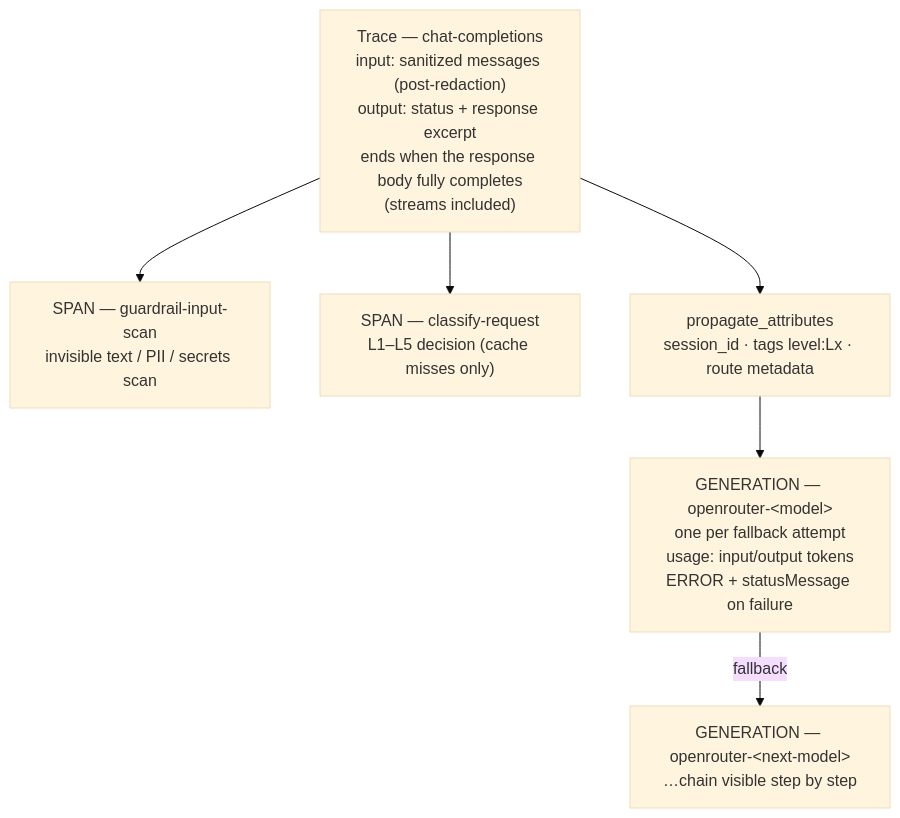
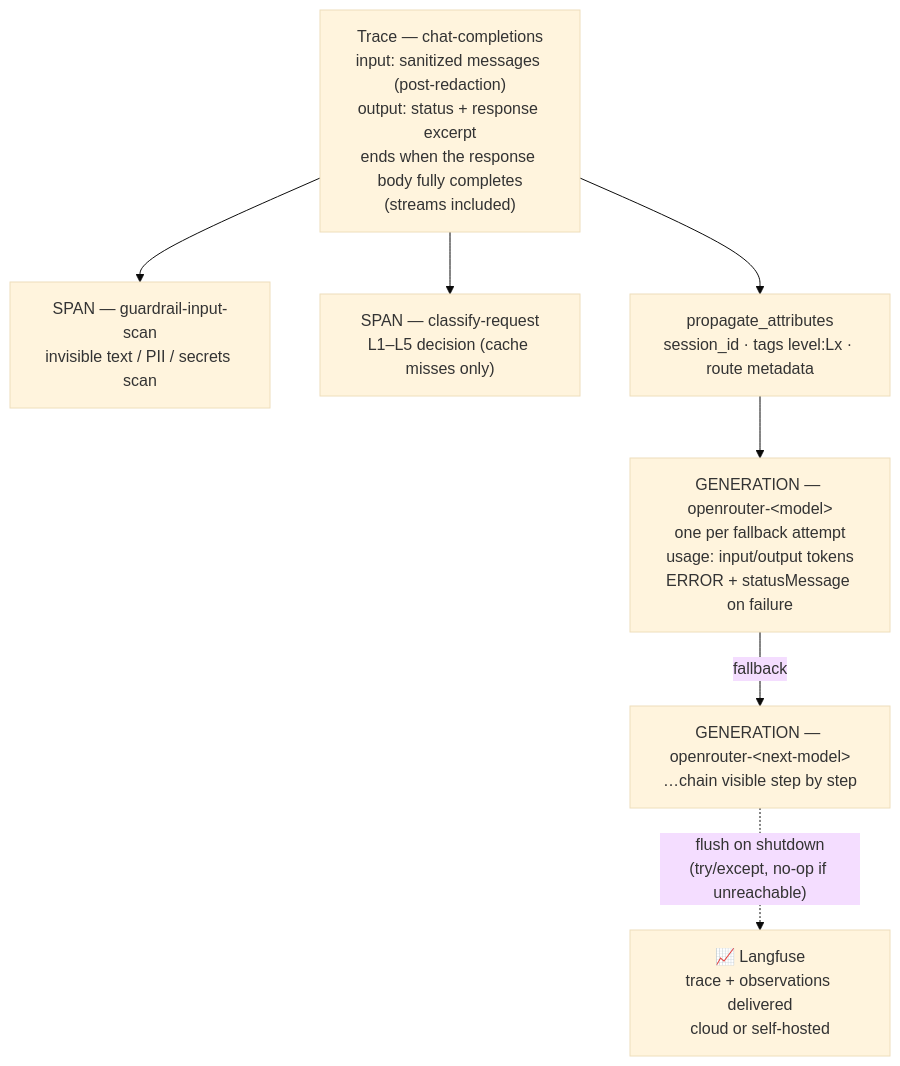
Before and after one commit to Green-Needle-Tech/llm-smart-router: the second of 2 diagrams in README.md, drawn with Mermaid (base theme). The commit also changed other lines of this file and 1 other file, not shown here.

First line of the commit message:
Docs: add Langfuse service to mermaid architecture diagrams

````diff
--- a/README.md
+++ b/README.md
@@ -361,9 +363,10 @@
 ```mermaid
 flowchart TD
     T["Trace — chat-completions<br/>input: sanitized messages (post-redaction)<br/>output: status + response excerpt<br/>ends when the response body fully completes<br/>(streams included)"]
     T --> G["SPAN — guardrail-input-scan<br/>invisible text / PII / secrets scan"]
     T --> CL["SPAN — classify-request<br/>L1–L5 decision (cache misses only)"]
     T --> R["propagate_attributes<br/>session_id · tags level:Lx · route metadata"]
     R --> GEN1["GENERATION — openrouter-&lt;model&gt;<br/>one per fallback attempt<br/>usage: input/output tokens<br/>ERROR + statusMessage on failure"]
     GEN1 -->|fallback| GEN2["GENERATION — openrouter-&lt;next-model&gt;<br/>…chain visible step by step"]
+    GEN2 -.->|"flush on shutdown<br/>(try/except, no-op if unreachable)"| LF["📈 Langfuse<br/>trace + observations delivered<br/>cloud or self-hosted"]
 ```
````
